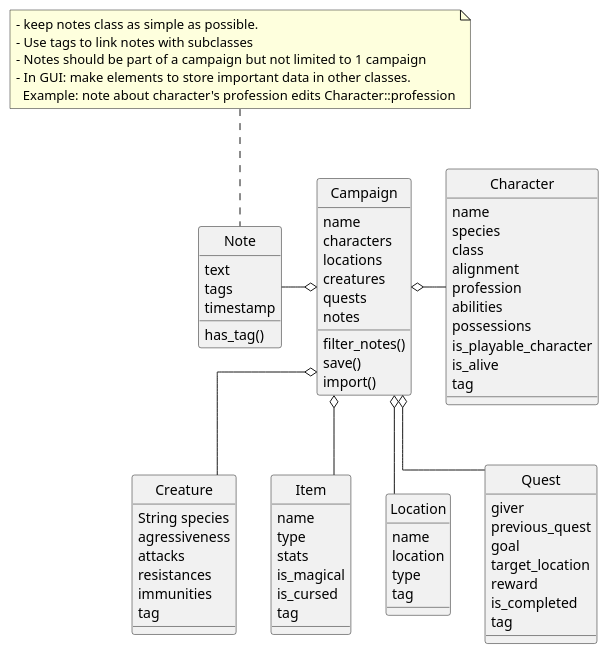
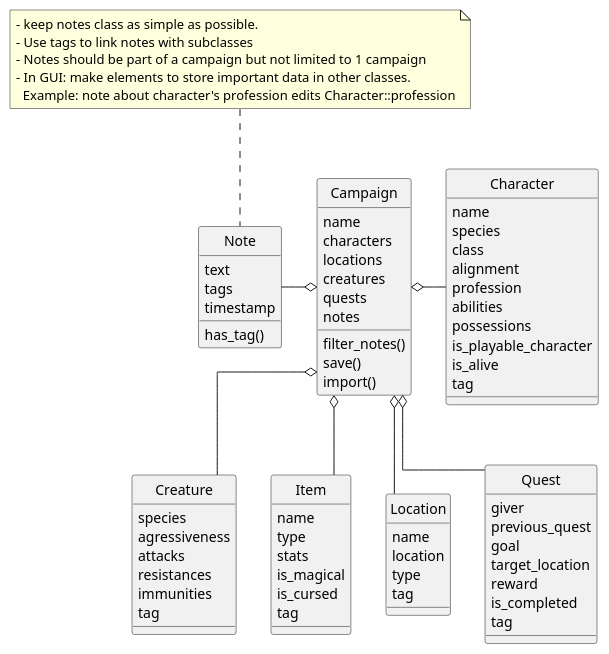
The diagram in docs/diagrams/src/project_architecture.puml (RemyKroese/FantasyNotes), drawn with PlantUML before and after one commit.

Commit message:
[chore] add initial project architecture plantuml class diagram

```diff
--- a/docs/diagrams/src/project_architecture.puml
+++ b/docs/diagrams/src/project_architecture.puml
@@ -1,79 +1,79 @@
 @startuml Project architecture
 skinparam linetype ortho
 skinparam style strictuml
 class Campaign {
     name
     characters
     locations
     creatures
     quests
     notes
     filter_notes()
     save()
     import()
 }
 class Character {
     name
     species
     class
     alignment
     profession
     abilities
     possessions
     is_playable_character
     is_alive
     tag
 }
 class Creature {
-    String species
+    species
     agressiveness
     attacks
     resistances
     immunities
     tag
 }
 class Item {
     name
     type
     stats
     is_magical
     is_cursed
     tag
 }
 class Location {
     name
     location
     type
     tag
 }
 class Quest {
     giver
     previous_quest
     goal
     target_location
     reward
     is_completed
     tag
 }
 class Note {
     text
     tags
     timestamp
     has_tag()
 }
 
 Campaign o-right- Character
 Campaign o-down- Creature
 Campaign o-down- Item
 Campaign o-down- Location
 Campaign o-down- Quest
 Campaign o-left- Note
 
 note top of Note
 - keep notes class as simple as possible.
 - Use tags to link notes with subclasses
 - Notes should be part of a campaign but not limited to 1 campaign
 - In GUI: make elements to store important data in other classes.
   Example: note about character's profession edits Character::profession
 end note
 @enduml
```
